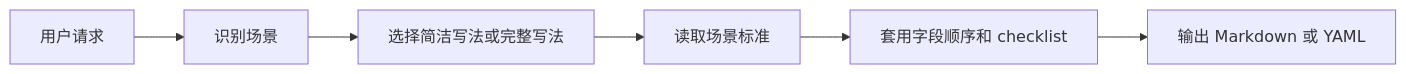
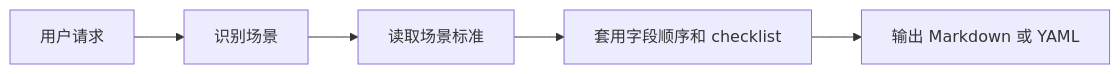
One commit to PINKIIILQWQ/oh-my-gh-writing changed the diagram in README.md. Above: the diagram before and after it, drawn with Mermaid. The commit also changed other lines of this file and 76 other files, not shown here.

````diff
--- a/README.md
+++ b/README.md
@@ -119,8 +119,7 @@
 ```mermaid
 flowchart LR
   A["用户请求"] --> B["识别场景"]
-  B --> C["选择简洁写法或完整写法"]
-  C --> D["读取场景标准"]
-  D --> E["套用字段顺序和 checklist"]
-  E --> F["输出 Markdown 或 YAML"]
+  B --> C["读取场景标准"]
+  C --> D["套用字段顺序和 checklist"]
+  D --> E["输出 Markdown 或 YAML"]
 ```
````
